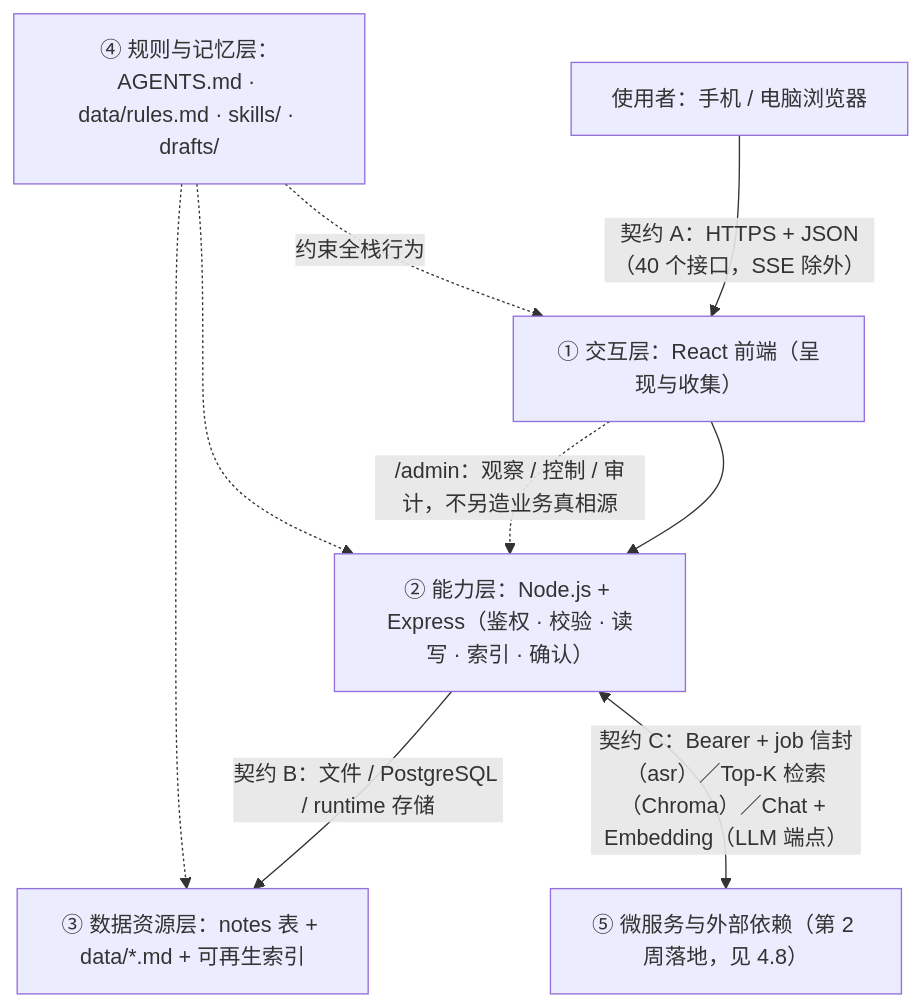
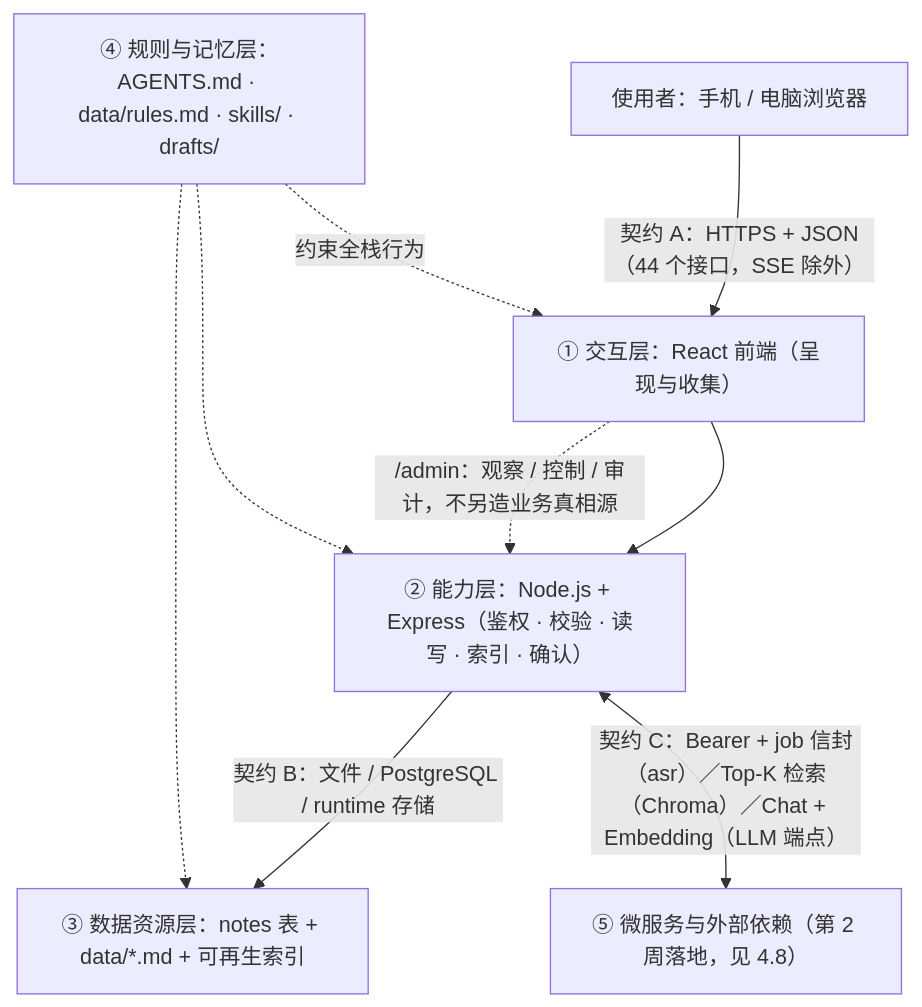
Before and after one commit to XingHo-VibeCoding/vbcd: the ninth of 9 diagrams in TECH_DESIGN.md, drawn with Mermaid. The commit also changed other lines of this file and 17 other files, not shown here.

````diff
--- a/TECH_DESIGN.md
+++ b/TECH_DESIGN.md
@@ -251,11 +251,11 @@
 ```mermaid
 flowchart TB
-    U["使用者：手机 / 电脑浏览器"] -->|"契约 A：HTTPS + JSON（40 个接口，SSE 除外）"| A["① 交互层：React 前端（呈现与收集）"]
+    U["使用者：手机 / 电脑浏览器"] -->|"契约 A：HTTPS + JSON（44 个接口，SSE 除外）"| A["① 交互层：React 前端（呈现与收集）"]
     A --> B["② 能力层：Node.js + Express（鉴权 · 校验 · 读写 · 索引 · 确认）"]
     B -->|"契约 B：文件 / PostgreSQL / runtime 存储"| C["③ 数据资源层：notes 表 + data/*.md + 可再生索引"]
     A -.->|"/admin：观察 / 控制 / 审计，不另造业务真相源"| B
     B <-->|"契约 C：Bearer + job 信封（asr）／Top-K 检索（Chroma）／Chat + Embedding（LLM 端点）"| E["⑤ 微服务与外部依赖（第 2 周落地，见 4.8）"]
     D["④ 规则与记忆层：AGENTS.md · data/rules.md · skills/ · drafts/"] -.->|"约束全栈行为"| A
     D -.-> B
     D -.-> C
 ```
````
